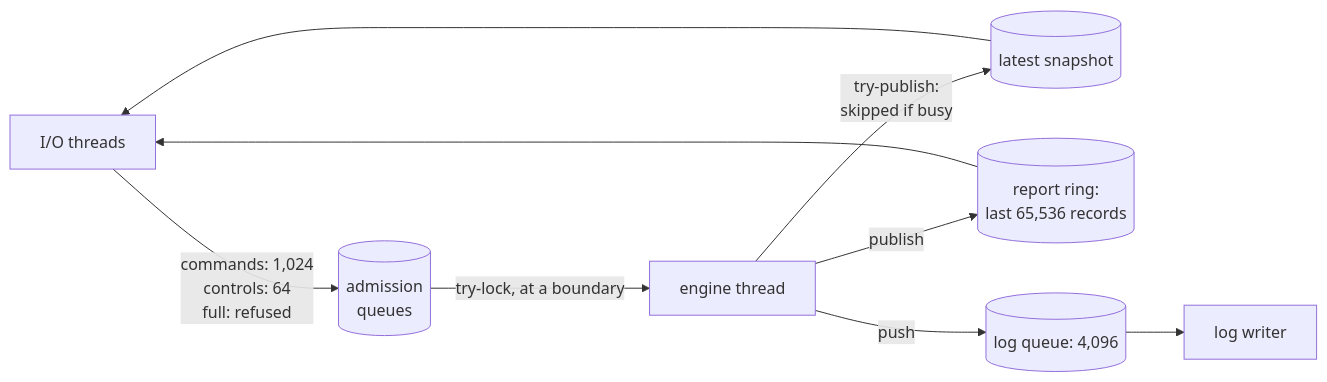
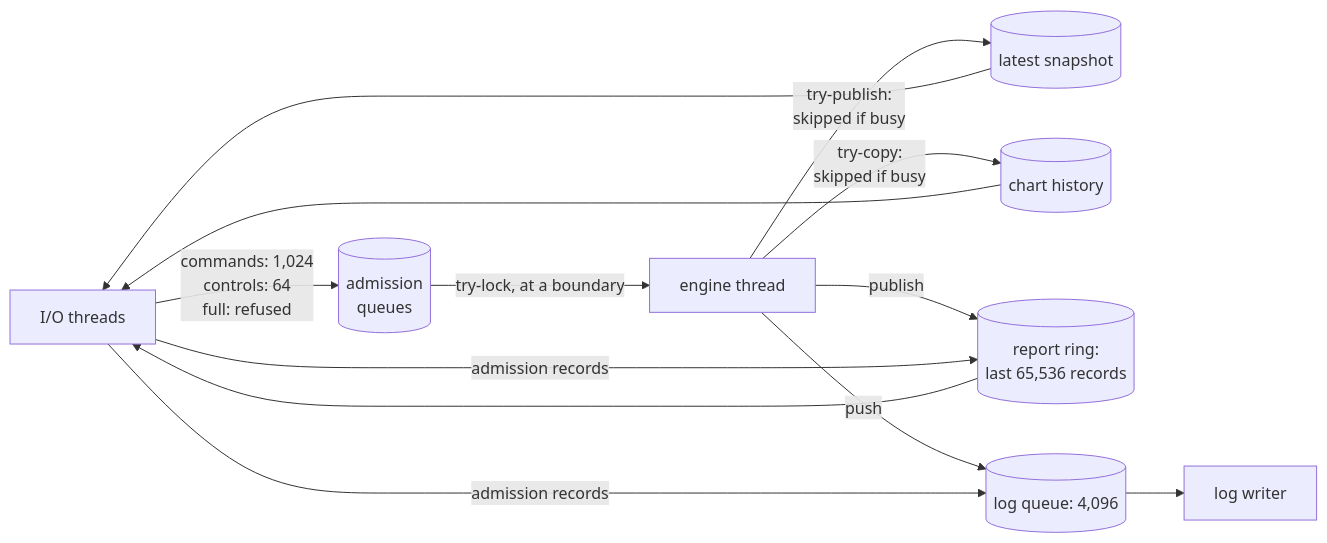
One commit to JaskaranSingh-01/Chronos changed the second of 2 diagrams in docs/architecture/web-terminal.md. Above: the diagram before and after it, drawn with Mermaid. The commit also changed other lines of this file and 39 other files, not shown here.

````diff
--- a/docs/architecture/web-terminal.md
+++ b/docs/architecture/web-terminal.md
@@ -59,11 +60,15 @@
 ```mermaid
 flowchart LR
     IO[I/O threads] -->|commands: 1,024<br/>controls: 64<br/>full: refused| AQ[(admission<br/>queues)]
     AQ -->|try-lock, at a boundary| ENG[engine thread]
     ENG -->|try-publish:<br/>skipped if busy| SNAP[(latest snapshot)]
+    ENG -->|try-copy:<br/>skipped if busy| HIST[(chart history)]
     ENG -->|publish| RING[(report ring:<br/>last 65,536 records)]
     ENG -->|push| LOGQ[(log queue: 4,096)]
+    IO -->|admission records| RING
+    IO -->|admission records| LOGQ
     LOGQ --> WR[log writer]
     SNAP --> IO
+    HIST --> IO
     RING --> IO
 ```
````
